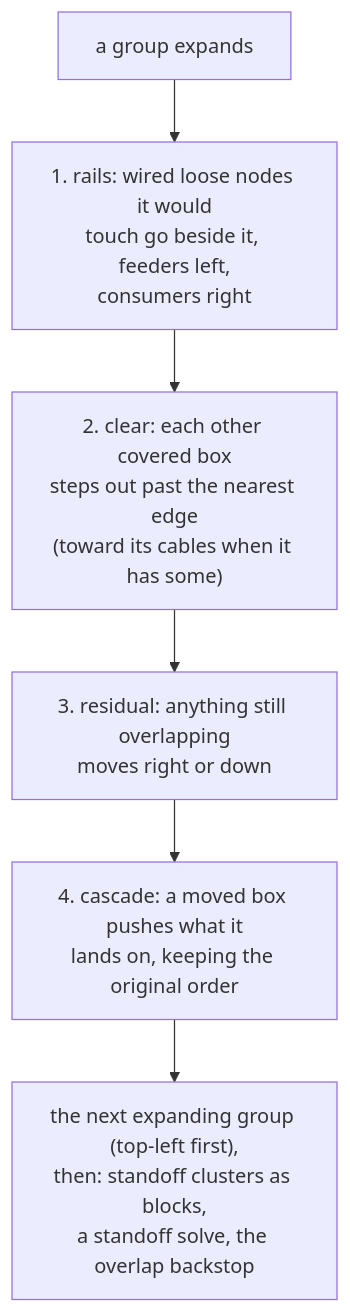
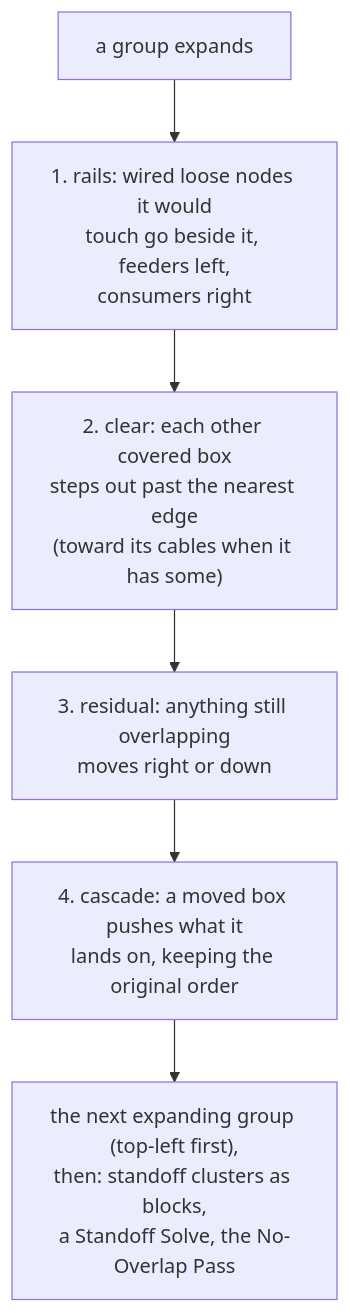
One commit to bubba8587/solenoid changed the first of 2 diagrams in tree/specs/canvas/group-expand-push.md. Above: the diagram before and after it, drawn with Mermaid. The commit also changed other lines of this file and 7 other files, not shown here.

````diff
--- a/tree/specs/canvas/group-expand-push.md
+++ b/tree/specs/canvas/group-expand-push.md
@@ -37,8 +37,8 @@
 ```mermaid
 flowchart TD
     g["a group expands"] --> rails["1. rails: wired loose nodes it would<br>touch go beside it, feeders left,<br>consumers right"]
     rails --> clear["2. clear: each other covered box<br>steps out past the nearest edge<br>(toward its cables when it has some)"]
     clear --> resid["3. residual: anything still overlapping<br>moves right or down"]
     resid --> casc["4. cascade: a moved box pushes what it<br>lands on, keeping the original order"]
-    casc --> next["the next expanding group (top-left first),<br>then: standoff clusters as blocks,<br>a standoff solve, the overlap backstop"]
+    casc --> next["the next expanding group (top-left first),<br>then: standoff clusters as blocks,<br>a Standoff Solve, the No-Overlap Pass"]
 ```
````
